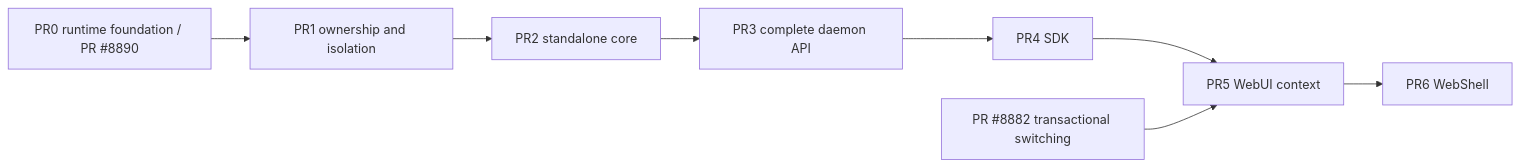
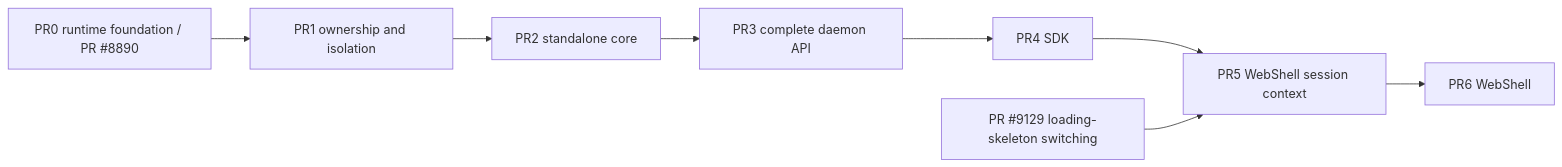
Before and after one commit to QwenLM/qwen-code: the second of 2 diagrams in docs/design/standalone-daemon-sessions.md, drawn with Mermaid. The commit also changed other lines of this file and 12 other files, not shown here.

Commit message:
feat(web-shell): add explicit daemon session contexts

````diff
--- a/docs/design/standalone-daemon-sessions.md
+++ b/docs/design/standalone-daemon-sessions.md
@@ -1275,10 +1302,10 @@
 ```mermaid
 flowchart LR
     PR0["PR0 runtime foundation / PR #8890"] --> PR1["PR1 ownership and isolation"]
     PR1 --> PR2["PR2 standalone core"]
     PR2 --> PR3["PR3 complete daemon API"]
     PR3 --> PR4["PR4 SDK"]
-    PR4 --> PR5["PR5 WebUI context"]
-    T["PR #8882 transactional switching"] --> PR5
+    PR4 --> PR5["PR5 WebShell session context"]
+    S["PR #9129 loading-skeleton switching"] --> PR5
     PR5 --> PR6["PR6 WebShell"]
 ```
````
